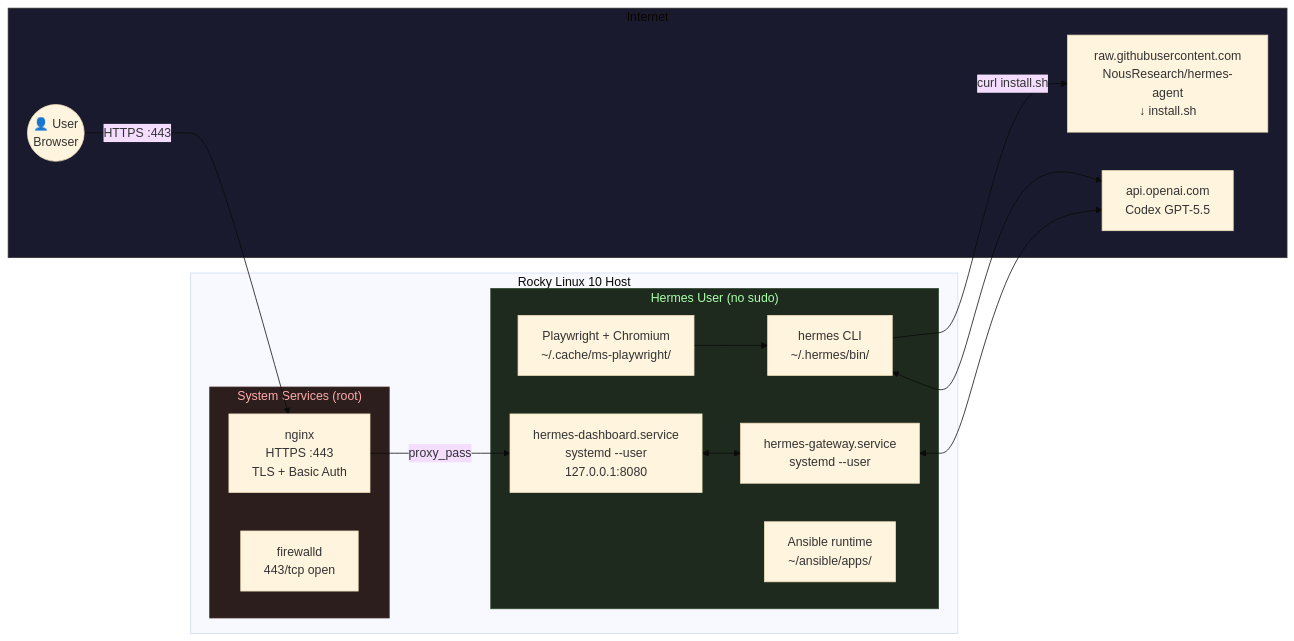
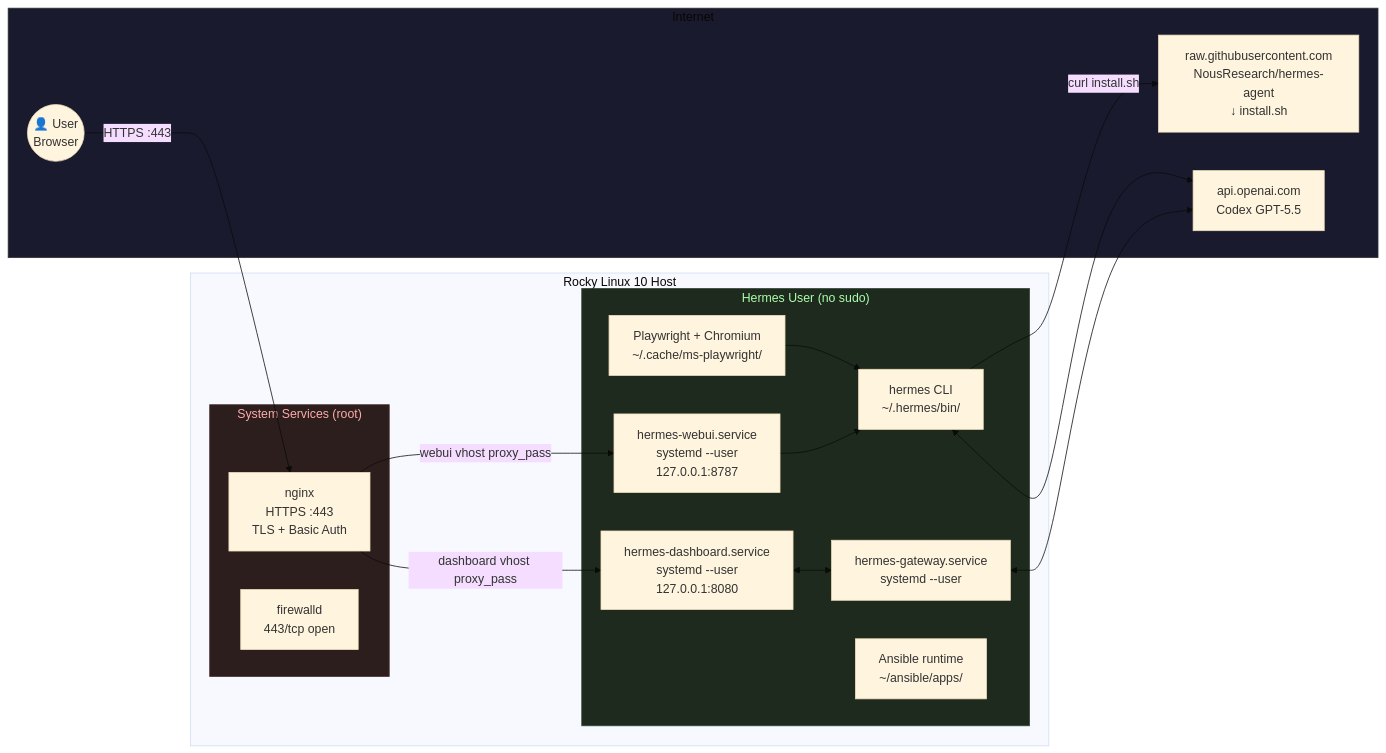
Before and after one commit to joe-speedboat/ansible.hermes_setup: the second of 2 diagrams in docs/install-flowchart.md, drawn with Mermaid. The commit also changed other lines of this file and 1 other file, not shown here.

````diff
--- a/docs/install-flowchart.md
+++ b/docs/install-flowchart.md
@@ -139,36 +154,39 @@
 ```mermaid
 %%{init: {'theme': 'base'}}%%
 flowchart LR
     subgraph EXTERNAL["Internet"]
         USER((👤 User\nBrowser))
         HERMES_INST["raw.githubusercontent.com\nNousResearch/hermes-agent\n↓ install.sh"]
         CODEX["api.openai.com\nCodex GPT-5.5"]
     end
 
     subgraph HOST["Rocky Linux 10 Host"]
         subgraph SYSTEM["System Services (root)"]
             NGINX["nginx\nHTTPS :443\nTLS + Basic Auth"]
             FIREWALL["firewalld\n443/tcp open"]
         end
 
         subgraph HERMES_USER["Hermes User (no sudo)"]
             GW["hermes-gateway.service\nsystemd --user"]
             DASH["hermes-dashboard.service\nsystemd --user\n127.0.0.1:8080"]
+            WEBUI["hermes-webui.service\nsystemd --user\n127.0.0.1:8787"]
             CLI["hermes CLI\n~/.hermes/bin/"]
             ANSIBLE["Ansible runtime\n~/ansible/apps/"]
             PW["Playwright + Chromium\n~/.cache/ms-playwright/"]
         end
     end
 
     USER -->|"HTTPS :443"| NGINX
-    NGINX -->|"proxy_pass"| DASH
+    NGINX -->|"dashboard vhost proxy_pass"| DASH
+    NGINX -->|"webui vhost proxy_pass"| WEBUI
     DASH <--> GW
+    WEBUI --> CLI
     GW <--> CODEX
     CLI -->|"curl install.sh"| HERMES_INST
     CLI <--> CODEX
     PW --> CLI
 
     style EXTERNAL fill:#1a1a2e,stroke:#333
     style SYSTEM fill:#2d1e1e,stroke:#4a3333,color:#ffaaaa
     style HERMES_USER fill:#1e2a1e,stroke:#334a33,color:#aaffaa
 ```
````
